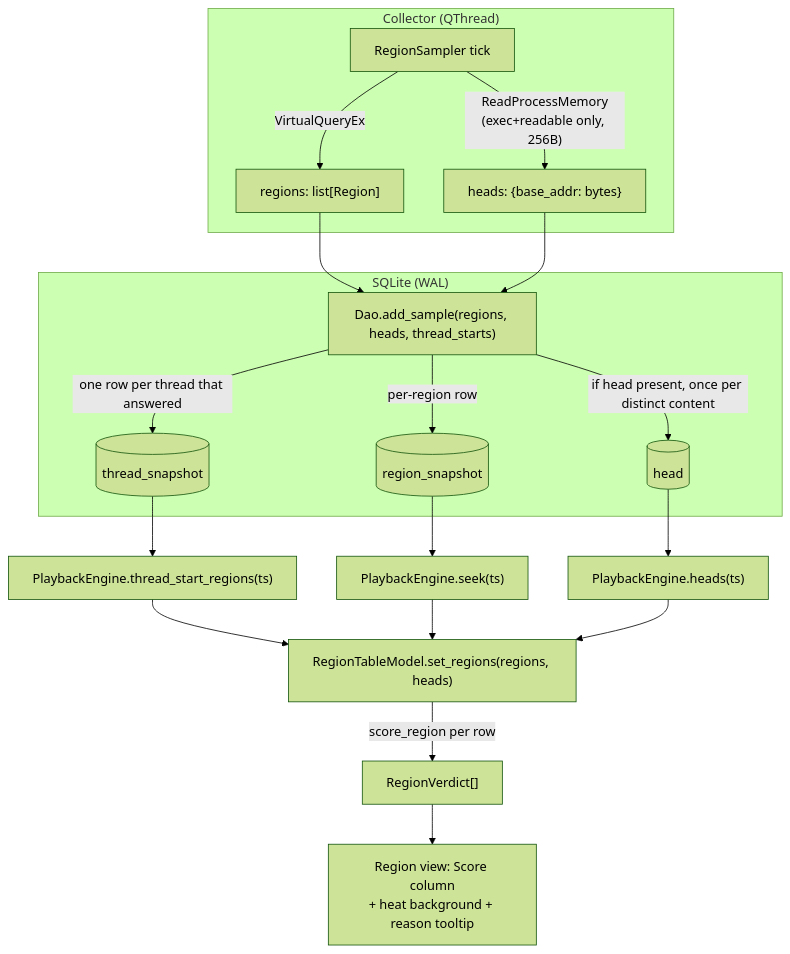
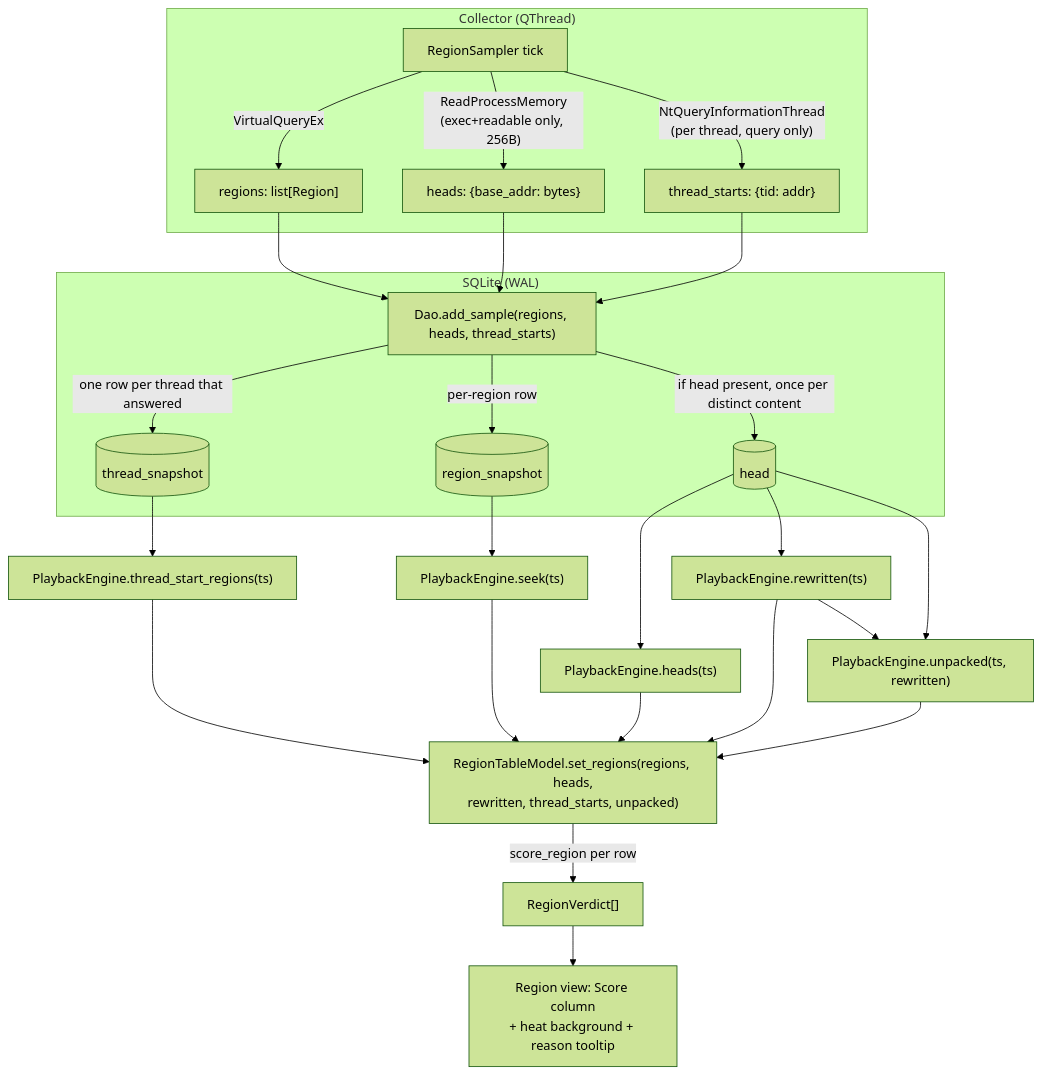
Before and after one commit to mjaksn/Memlapse: the second of 2 diagrams in docs/ARCHITECTURE.md, drawn with Mermaid (forest theme). The commit also changed other lines of this file and 1 other file, not shown here.

Commit message:
Show the thread start and unpacking signals in both diagrams

````diff
--- a/docs/ARCHITECTURE.md
+++ b/docs/ARCHITECTURE.md
@@ -405,22 +411,29 @@
 ```mermaid
 flowchart TD
     subgraph collect["Collector (QThread)"]
         A["RegionSampler tick"] -->|VirtualQueryEx| B["regions: list[Region]"]
         A -->|"ReadProcessMemory<br/>(exec+readable only, 256B)"| C["heads: {base_addr: bytes}"]
+        A -->|"NtQueryInformationThread<br/>(per thread, query only)"| TB["thread_starts: {tid: addr}"]
     end
     B --> D["Dao.add_sample(regions, heads, thread_starts)"]
     C --> D
+    TB --> D
     subgraph store["SQLite (WAL)"]
         D -->|per-region row| E[(region_snapshot)]
         D -->|"if head present, once per distinct content"| F[(head)]
         D -->|"one row per thread that answered"| T[(thread_snapshot)]
     end
     E --> G["PlaybackEngine.seek(ts)"]
     T --> TS["PlaybackEngine.thread_start_regions(ts)"]
     TS --> I
     F --> H["PlaybackEngine.heads(ts)"]
-    G --> I["RegionTableModel.set_regions(regions, heads)"]
+    F --> RW["PlaybackEngine.rewritten(ts)"]
+    RW --> UN["PlaybackEngine.unpacked(ts, rewritten)"]
+    F --> UN
+    G --> I["RegionTableModel.set_regions(regions, heads,<br/>rewritten, thread_starts, unpacked)"]
     H --> I
+    RW --> I
+    UN --> I
     I -->|"score_region per row"| J["RegionVerdict[]"]
     J --> K["Region view: Score column<br/>+ heat background + reason tooltip"]
 ```
````
